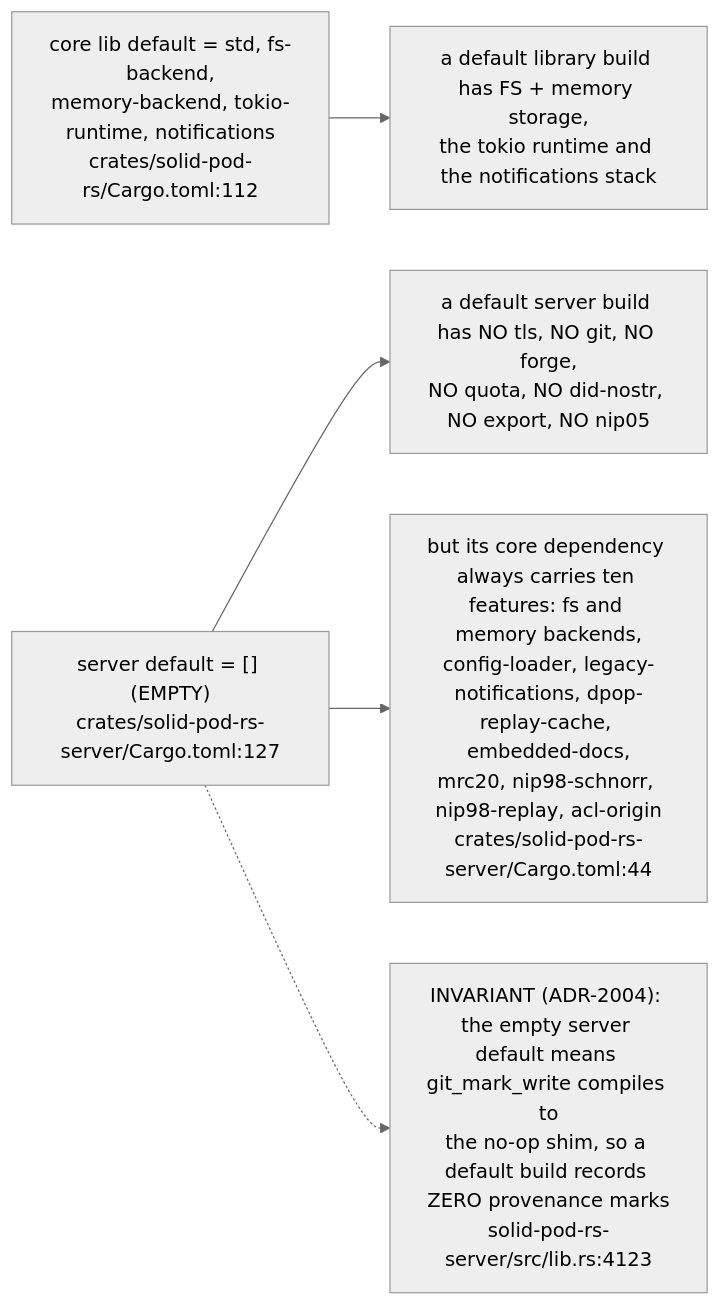
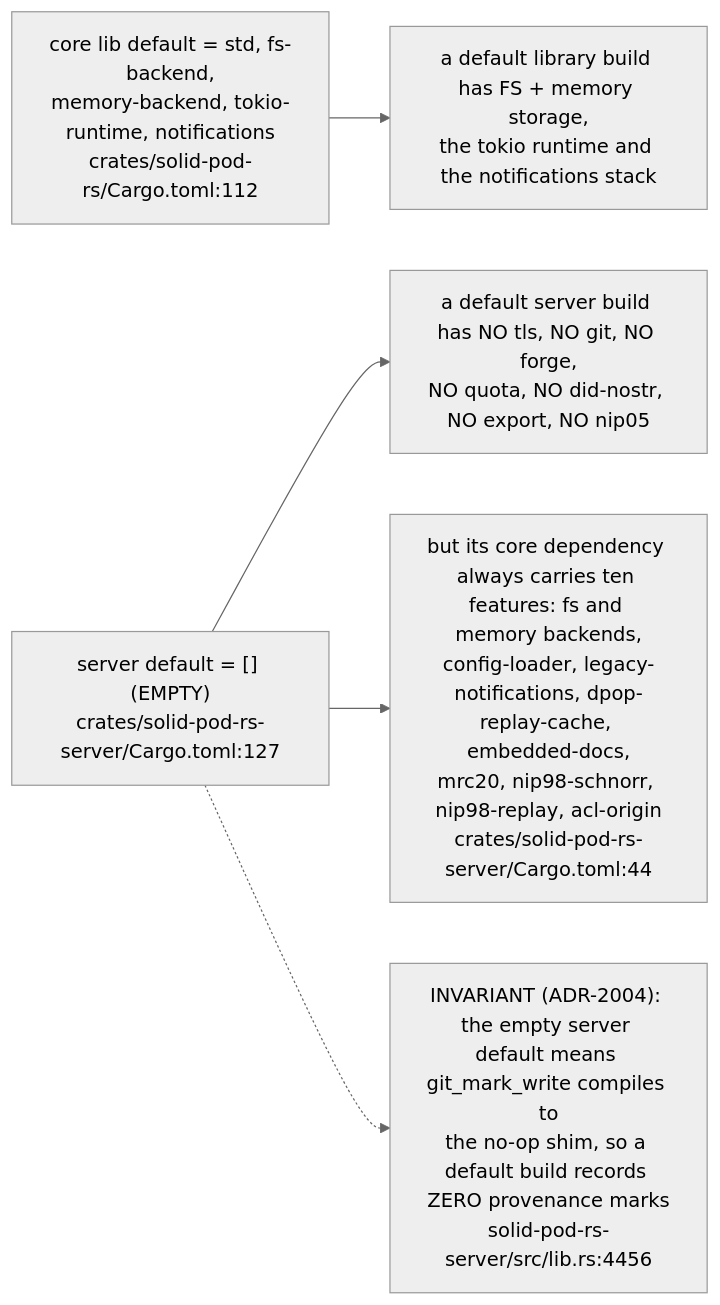
The sixth of 12 diagrams in docs/diagrams/solid-pod-rs/01-workspace-composition.md (DreamLab-AI/VisionFlow), drawn with Mermaid (neutral theme) before and after one commit. The commit also changed other lines of this file and 59 other files, not shown here.

First line of the commit message:
docs(diagrams): re-derive and re-stamp forum, website, pod, ontomark and sealmap topics

````diff
--- a/docs/diagrams/solid-pod-rs/01-workspace-composition.md
+++ b/docs/diagrams/solid-pod-rs/01-workspace-composition.md
@@ -203,12 +203,12 @@
 ```mermaid
 flowchart LR
     LIBD["core lib default = std, fs-backend,<br/>memory-backend, tokio-runtime, notifications<br/>crates/solid-pod-rs/Cargo.toml:112"]
     SRVD["server default = [] (EMPTY)<br/>crates/solid-pod-rs-server/Cargo.toml:127"]
 
     LIBD --> R1["a default library build has FS + memory storage,<br/>the tokio runtime and the notifications stack"]
     SRVD --> R2["a default server build has NO tls, NO git, NO forge,<br/>NO quota, NO did-nostr, NO export, NO nip05"]
     SRVD --> R3["but its core dependency always carries ten features: fs and memory backends,<br/>config-loader, legacy-notifications, dpop-replay-cache, embedded-docs,<br/>mrc20, nip98-schnorr, nip98-replay, acl-origin<br/>crates/solid-pod-rs-server/Cargo.toml:44"]
 
-    D1["INVARIANT (ADR-2004): the empty server default means git_mark_write compiles to<br/>the no-op shim, so a default build records ZERO provenance marks<br/>solid-pod-rs-server/src/lib.rs:4123"]
+    D1["INVARIANT (ADR-2004): the empty server default means git_mark_write compiles to<br/>the no-op shim, so a default build records ZERO provenance marks<br/>solid-pod-rs-server/src/lib.rs:4456"]
     SRVD -.-> D1
 ```
````
